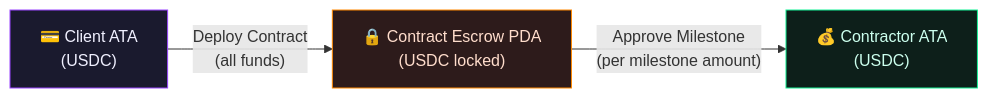
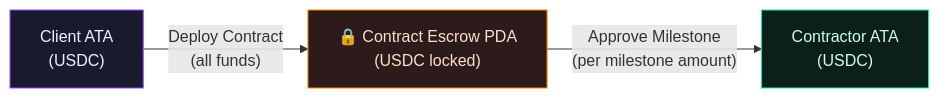
The second of 2 diagrams in docs/features/dashboard.md (ContracGuardAI/frontend), drawn with Mermaid before and after one commit. The commit also changed 6 other files, not shown here.

````diff
--- a/docs/features/dashboard.md
+++ b/docs/features/dashboard.md
@@ -111,13 +111,13 @@
 ```mermaid
 flowchart LR
-    CA["💳 Client ATA\n(USDC)"]
+    CA["Client ATA\n(USDC)"]
     ESC["🔒 Contract Escrow PDA\n(USDC locked)"]
-    CTA["💰 Contractor ATA\n(USDC)"]
+    CTA["Contractor ATA\n(USDC)"]
 
     CA -- "Deploy Contract\n(all funds)" --> ESC
     ESC -- "Approve Milestone\n(per milestone amount)" --> CTA
 
     style CA fill:#1a1a2e,stroke:#9945FF,color:#f0f0ff
     style ESC fill:#2d1b1b,stroke:#ff8800,color:#ffddcc
     style CTA fill:#0d1f1a,stroke:#14F195,color:#ccffee
 ```
````
